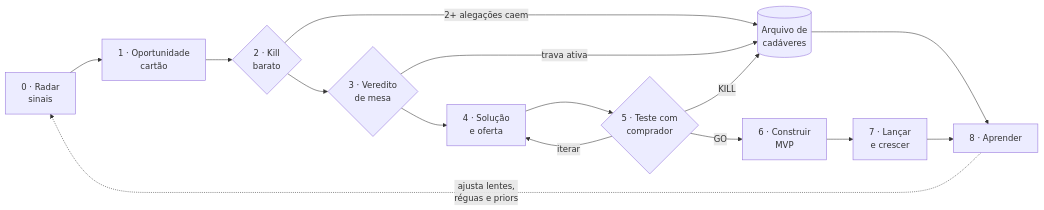
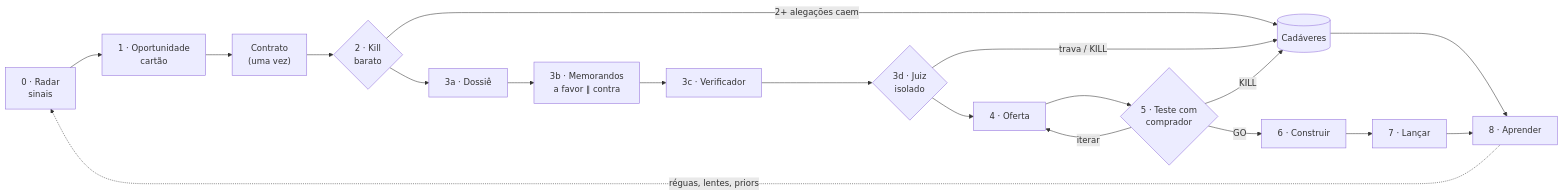
The diagram in docs/01-arquitetura.md (lorenzo265/Product-research), drawn with Mermaid before and after one commit. The commit also changed other lines of this file and 2 other files, not shown here.

````diff
--- a/docs/01-arquitetura.md
+++ b/docs/01-arquitetura.md
@@ -88,17 +90,21 @@
 ```mermaid
 flowchart LR
   R["0 · Radar<br/>sinais"] --> O["1 · Oportunidade<br/>cartão"]
-  O --> K{"2 · Kill<br/>barato"}
-  K -- "2+ alegações caem" --> X[("Arquivo de<br/>cadáveres")]
-  K --> V{"3 · Veredito<br/>de mesa"}
-  V -- "trava ativa" --> X
-  V --> OF["4 · Solução<br/>e oferta"]
+  O --> C["Contrato<br/>(uma vez)"]
+  C --> K{"2 · Kill<br/>barato"}
+  K -- "2+ alegações caem" --> X[("Cadáveres")]
+  K --> D["3a · Dossiê"]
+  D --> M["3b · Memorandos<br/>a favor ∥ contra"]
+  M --> V["3c · Verificador"]
+  V --> J{"3d · Juiz<br/>isolado"}
+  J -- "trava / KILL" --> X
+  J --> OF["4 · Oferta"]
   OF --> T{"5 · Teste com<br/>comprador"}
   T -- "KILL" --> X
   T -- "iterar" --> OF
-  T -- "GO" --> B["6 · Construir<br/>MVP"]
-  B --> L["7 · Lançar<br/>e crescer"]
+  T -- "GO" --> B["6 · Construir"]
+  B --> L["7 · Lançar"]
   L --> A["8 · Aprender"]
   X --> A
-  A -. "ajusta lentes,<br/>réguas e priors" .-> R
+  A -. "réguas, lentes, priors" .-> R
 ```
````
